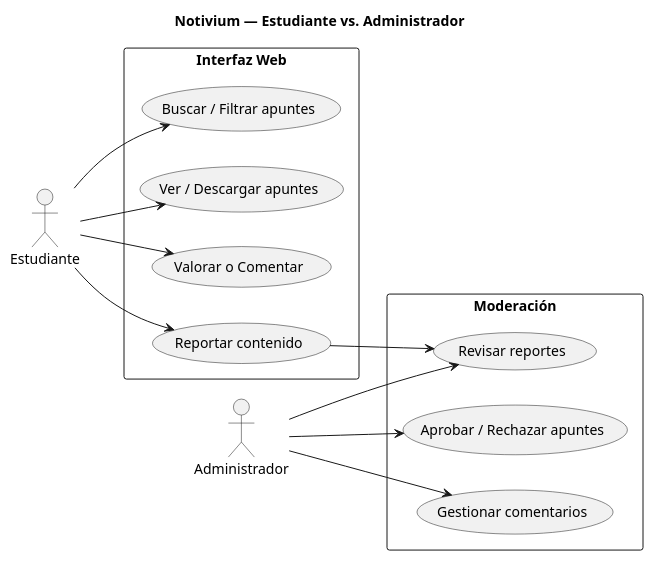
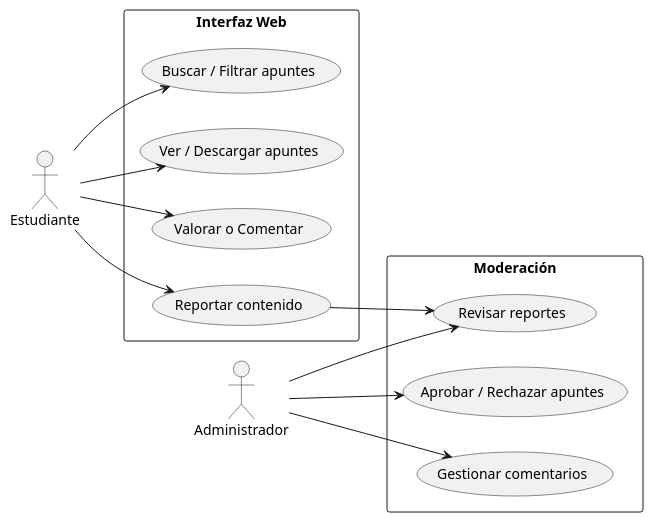
The diagram in DIAGRAMAS/AVANCE.puml (tomaspobb/ING_SOFTWARE), drawn with PlantUML before and after one commit. The commit also changed 1 other file, not shown here.

```diff
--- a/DIAGRAMAS/AVANCE.puml
+++ b/DIAGRAMAS/AVANCE.puml
@@ -1,23 +1,22 @@
 @startuml
 left to right direction
-title Notivium — Estudiante vs. Administrador
 
 actor Estudiante
 actor Administrador
 
 rectangle "Interfaz Web" {
   Estudiante --> (Buscar / Filtrar apuntes)
   Estudiante --> (Ver / Descargar apuntes)
   Estudiante --> (Valorar o Comentar)
   Estudiante --> (Reportar contenido)
 }
 
 rectangle "Moderación" {
   Administrador --> (Revisar reportes)
   Administrador --> (Aprobar / Rechazar apuntes)
   Administrador --> (Gestionar comentarios)
 }
 
 (Reportar contenido) --> (Revisar reportes)
 
 @enduml
```
